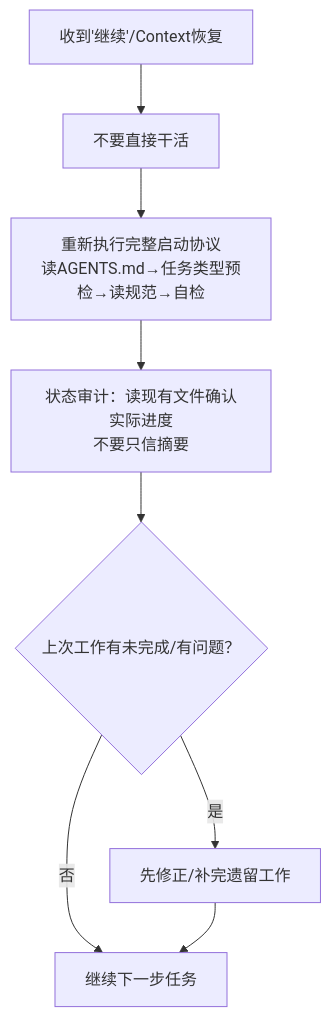
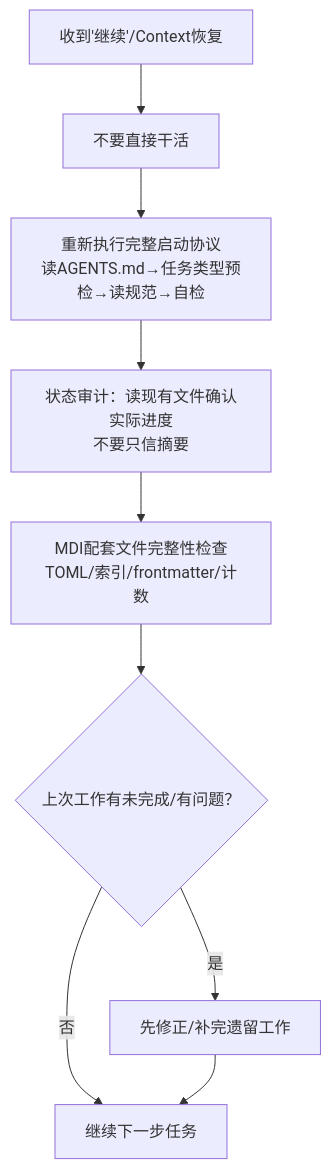
One commit to xinetzone/SpecWeave changed the diagram in docs/retrospective/patterns/methodology-patterns/ai-collaboration/context-recovery-protocol.md. Above: the diagram before and after it, drawn with Mermaid. The commit also changed other lines of this file and 8 other files, not shown here.

````diff
--- a/docs/retrospective/patterns/methodology-patterns/ai-collaboration/context-recovery-protocol.md
+++ b/docs/retrospective/patterns/methodology-patterns/ai-collaboration/context-recovery-protocol.md
@@ -68,10 +86,11 @@
 ```mermaid
 flowchart TD
     A["收到'继续'/Context恢复"] --> B["不要直接干活"]
     B --> C["重新执行完整启动协议<br/>读AGENTS.md→任务类型预检→读规范→自检"]
     C --> D["状态审计：读现有文件确认实际进度<br/>不要只信摘要"]
-    D --> E{"上次工作有未完成/有问题？"}
+    D --> D1["MDI配套文件完整性检查<br/>TOML/索引/frontmatter/计数"]
+    D1 --> E{"上次工作有未完成/有问题？"}
     E -->|"是"| F["先修正/补完遗留工作"]
     E -->|"否"| G["继续下一步任务"]
     F --> G
 ```
````
